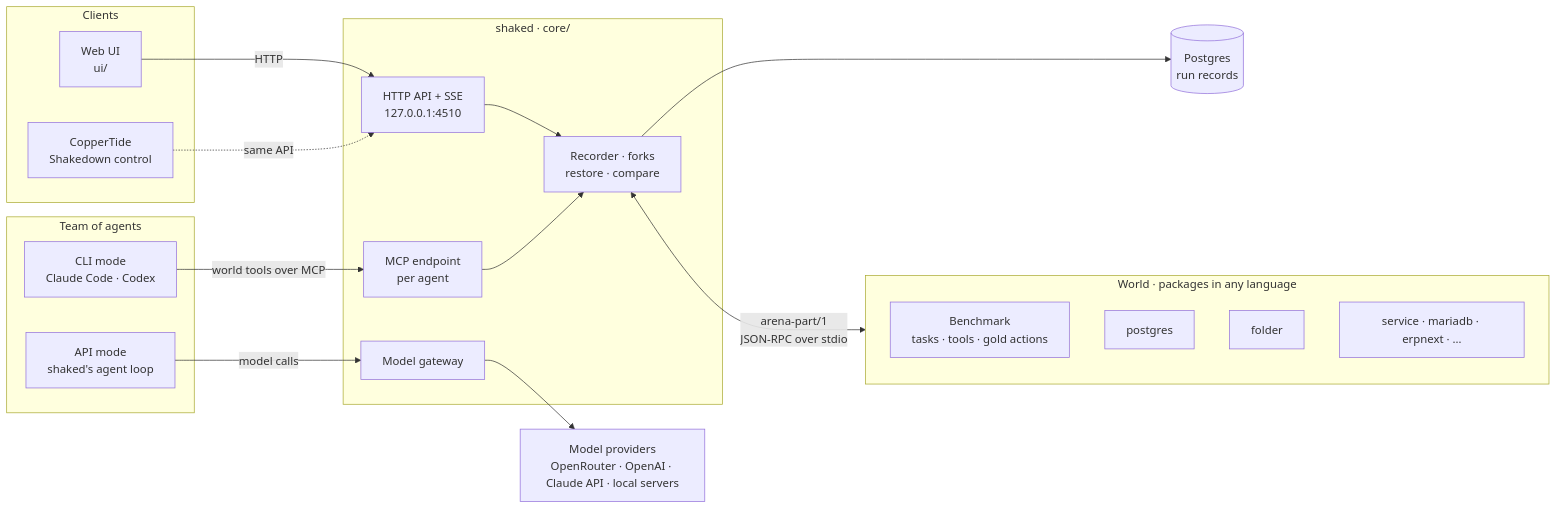
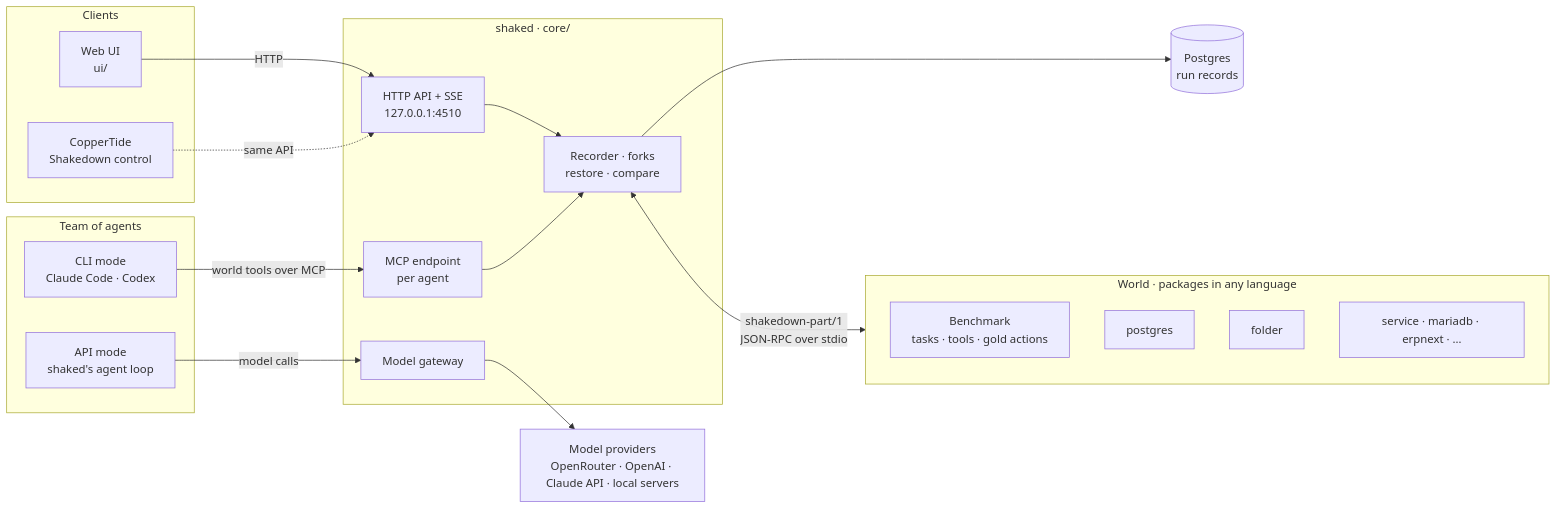
One commit to CopperTide/Shakedown changed the diagram in README.md. Above: the diagram before and after it, drawn with Mermaid. The commit also changed other lines of this file and 37 other files, not shown here.

First line of the commit message:
Every doc uses the SHAKEDOWN_* settings, the shakedown-part/1 and shakedown-agent/1 protocols, shakedown-package.toml and the shakedown programs, and README's Old names lists what still works

````diff
--- a/README.md
+++ b/README.md
@@ -126,39 +127,39 @@
 ```mermaid
 flowchart LR
   subgraph clients["Clients"]
     UI["Web UI<br/>ui/"]
     SC["CopperTide<br/>Shakedown control"]
   end
 
   subgraph team["Team of agents"]
     CLI["CLI mode<br/>Claude Code · Codex"]
     OPEN["API mode<br/>shaked's agent loop"]
   end
 
   subgraph engine["shaked · core/"]
     API["HTTP API + SSE<br/>127.0.0.1:4510"]
     MCP["MCP endpoint<br/>per agent"]
     GW["Model gateway"]
     ENG["Recorder · forks<br/>restore · compare"]
   end
 
   subgraph world["World · packages in any language"]
     BM["Benchmark<br/>tasks · tools · gold actions"]
     P1["postgres"]
     P2["folder"]
     P3["service · mariadb · erpnext · …"]
   end
 
   PG[("Postgres<br/>run records")]
   OR["Model providers<br/>OpenRouter · OpenAI · Claude API · local servers"]
 
   UI -->|HTTP| API
   SC -.->|same API| API
   CLI -->|world tools over MCP| MCP
   OPEN -->|model calls| GW
   GW --> OR
   API --> ENG
   MCP --> ENG
   ENG --> PG
-  ENG <-->|"arena-part/1<br/>JSON-RPC over stdio"| world
+  ENG <-->|"shakedown-part/1<br/>JSON-RPC over stdio"| world
 ```
````
